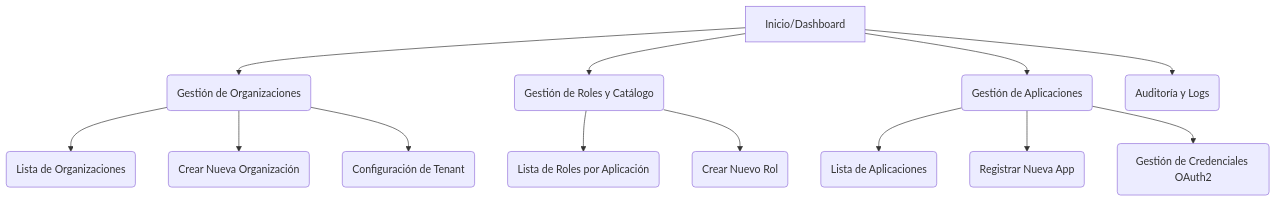
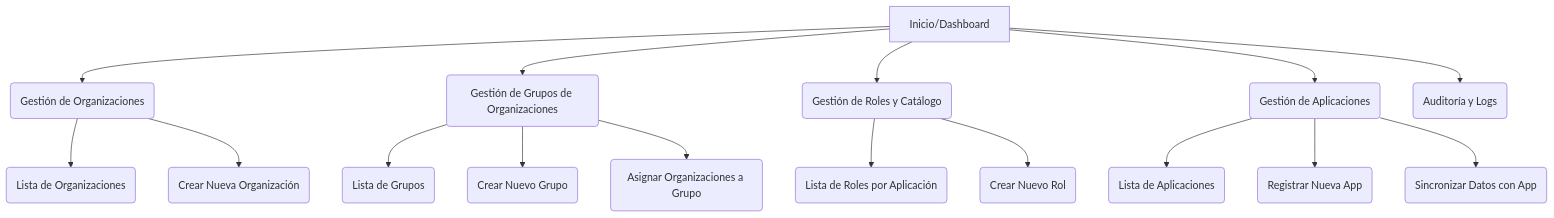
One commit to malbert-infoport/AI4Devs changed the sixth of 6 diagrams in 01-Descripción general del Producto.md. Above: the diagram before and after it, drawn with Mermaid. The commit also changed other lines of this file and 1 other file, not shown here.

Commit message:
Se aplica modificación de agrupación de organizaciones

````diff
--- a/01-Descripción general del Producto.md
+++ b/01-Descripción general del Producto.md
@@ -390,18 +325,22 @@
 ```mermaid
 graph TD
     A[Inicio/Dashboard] --> B(Gestión de Organizaciones)
+    A --> F(Gestión de Grupos de Organizaciones)
     A --> C(Gestión de Roles y Catálogo)
     A --> D(Gestión de Aplicaciones)
     A --> E(Auditoría y Logs)
     
     B --> B1(Lista de Organizaciones)
     B --> B2(Crear Nueva Organización)
-    B --> B3(Configuración de Tenant)
+    
+    F --> F1(Lista de Grupos)
+    F --> F2(Crear Nuevo Grupo)
+    F --> F3(Asignar Organizaciones a Grupo)
     
     C --> C1(Lista de Roles por Aplicación)
     C --> C2(Crear Nuevo Rol)
     
     D --> D1(Lista de Aplicaciones)
     D --> D2(Registrar Nueva App)
-    D --> D3(Gestión de Credenciales OAuth2)
+    D --> D3(Sincronizar Datos con App)
 ```
````
